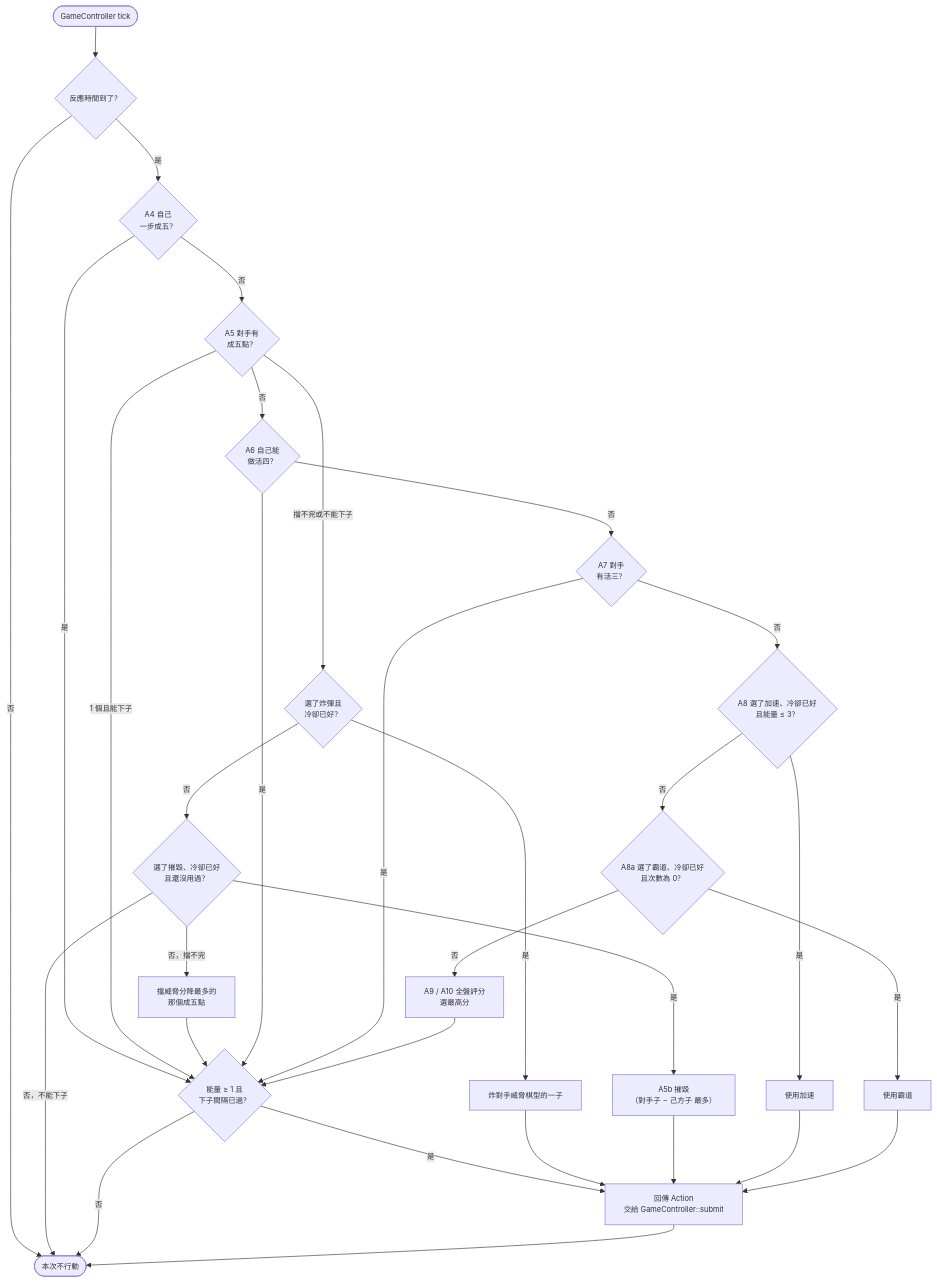
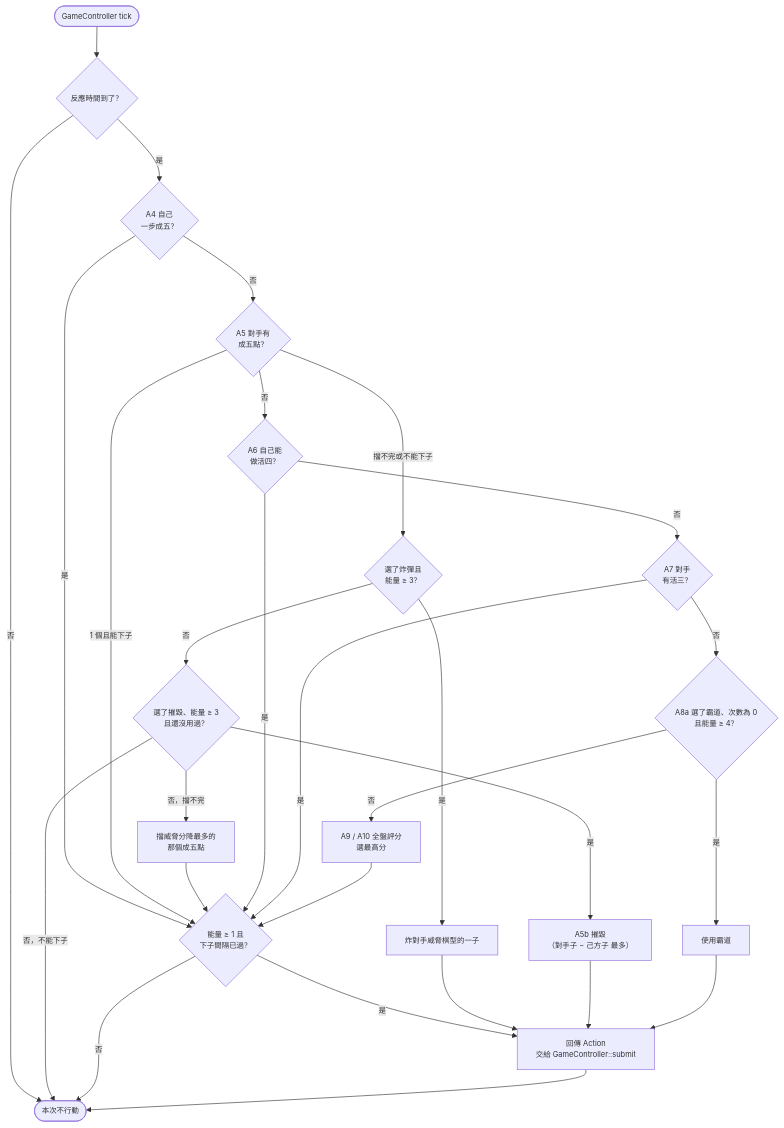
The second of 2 diagrams in docs/design.md (i0cRAY/gomoku_new), drawn with Mermaid before and after one commit. The commit also changed other lines of this file and 3 other files, not shown here.

````diff
--- a/docs/design.md
+++ b/docs/design.md
@@ -393,35 +389,32 @@
 ```mermaid
 %%{init: {"flowchart": {"useMaxWidth": true}, "themeVariables": {"fontSize": "12px"}}}%%
 flowchart TD
 Place{"能量 ≥ 1 且<br/>下子間隔已過？"}
 Start([GameController tick]) --> Ready{"反應時間到了？"}
 Ready -->|否| End([本次不行動])
 Ready -->|是| Win{"A4 自己<br/>一步成五？"}
 Win -->|是| Place
 Win -->|否| Threat{"A5 對手有<br/>成五點？"}
 Threat -->|"1 個且能下子"| Place
-Threat -->|"擋不完或不能下子"| Bomb{"選了炸彈且<br/>冷卻已好？"}
+Threat -->|"擋不完或不能下子"| Bomb{"選了炸彈且<br/>能量 ≥ 3？"}
 Bomb -->|是| UseBomb[炸對手威脅棋型的一子]
-Bomb -->|否| Destroy{"選了摧毀、冷卻已好<br/>且還沒用過？"}
+Bomb -->|否| Destroy{"選了摧毀、能量 ≥ 3<br/>且還沒用過？"}
 Destroy -->|是| UseDestroy["A5b 摧毀<br/>（對手子 − 己方子 最多）"]
 Destroy -->|"否，擋不完"| BlockOne["擋威脅分降最多的<br/>那個成五點"]
 Destroy -->|"否，不能下子"| End
 BlockOne --> Place
 Threat -->|否| Four{"A6 自己能<br/>做活四？"}
 Four -->|是| Place
 Four -->|否| Three{"A7 對手<br/>有活三？"}
 Three -->|是| Place
-Three -->|否| Buff{"A8 選了加速、冷卻已好<br/>且能量 ≤ 3？"}
-Buff -->|是| UseBuff[使用加速]
-Buff -->|否| Dom{"A8a 選了霸道、冷卻已好<br/>且次數為 0？"}
+Three -->|否| Dom{"A8a 選了霸道、次數為 0<br/>且能量 ≥ 4？"}
 Dom -->|是| UseDom[使用霸道]
 Dom -->|否| Eval["A9 / A10 全盤評分<br/>選最高分"]
 Eval --> Place
 Place -->|是| Send["回傳 Action<br/>交給 GameController::submit"]
 Place -->|否| End
 UseBomb --> Send
 UseDestroy --> Send
-UseBuff --> Send
 UseDom --> Send
 Send --> End
 ```
````
